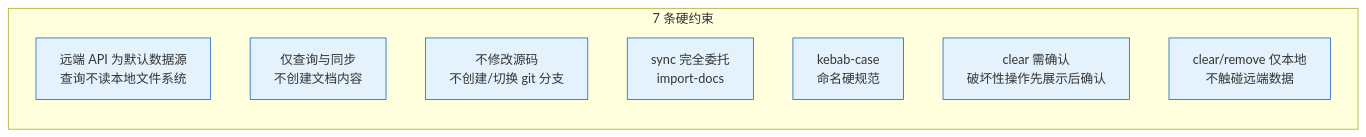
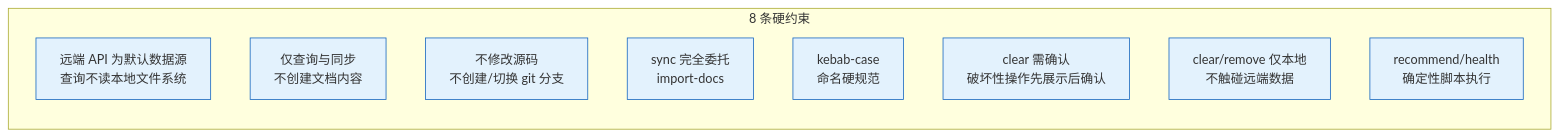
One commit to effiy/YrY changed diagram 13 of 15 in skills/rui-story/SKILL.md. Above: the diagram before and after it, drawn with Mermaid. The commit also changed other lines of this file and 9 other files, not shown here.

````diff
--- a/skills/rui-story/SKILL.md
+++ b/skills/rui-story/SKILL.md
@@ -401,14 +492,15 @@
 ```mermaid
 flowchart LR
-    subgraph 规则["7 条硬约束"]
+    subgraph 规则["8 条硬约束"]
         R1["远端 API 为默认数据源<br/>查询不读本地文件系统"]:::rule
         R2["仅查询与同步<br/>不创建文档内容"]:::rule
         R3["不修改源码<br/>不创建/切换 git 分支"]:::rule
         R4["sync 完全委托<br/>import-docs"]:::rule
         R5["kebab-case<br/>命名硬规范"]:::rule
         R6["clear 需确认<br/>破坏性操作先展示后确认"]:::rule
         R7["clear/remove 仅本地<br/>不触碰远端数据"]:::rule
+        R8["recommend/health<br/>确定性脚本执行"]:::rule
     end
 
     classDef rule fill:#e3f2fd,stroke:#1565c0;
 ```
````
